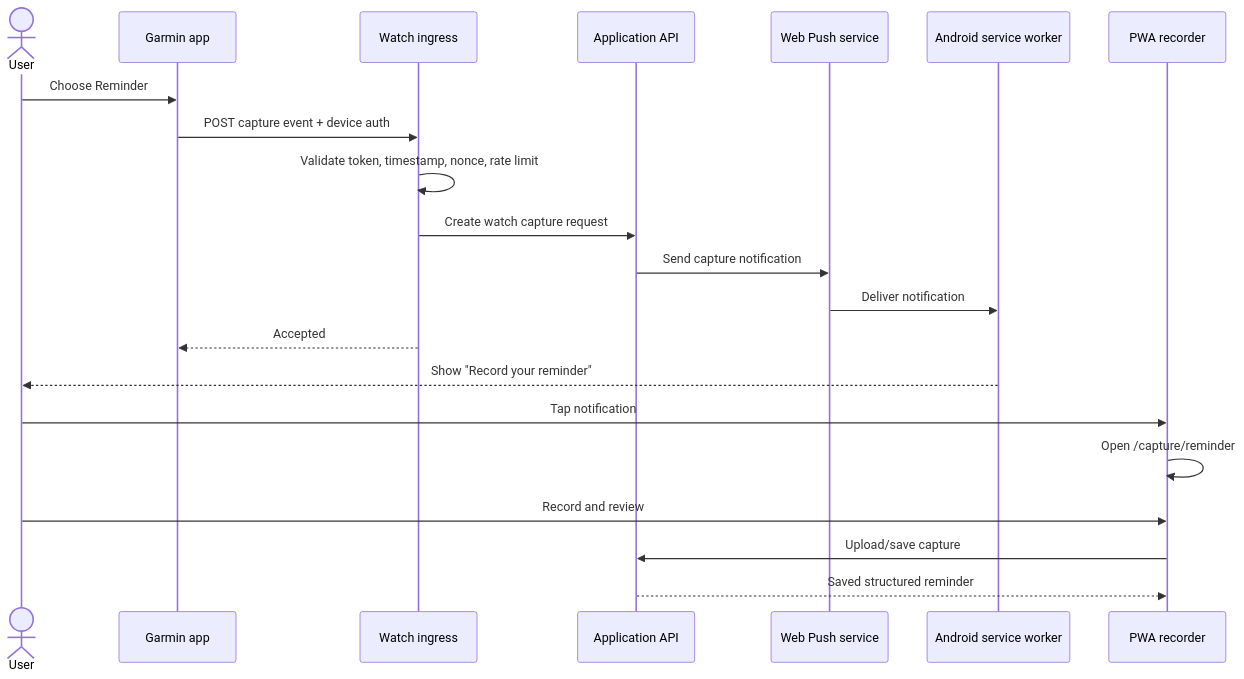
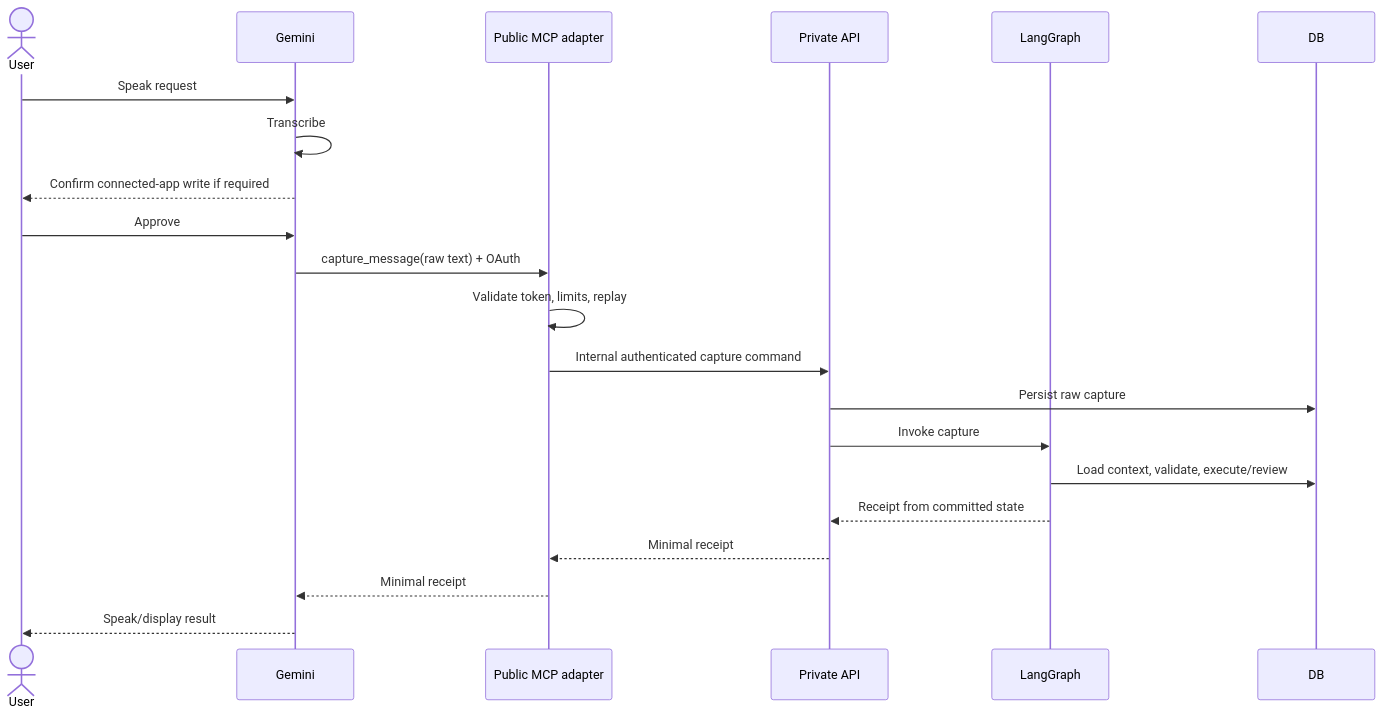
One commit to nikicrow/garmin-notes-lists-and-reminders changed the sixth of 7 diagrams in docs/architecture.md. Above: the diagram before and after it, drawn with Mermaid. The commit also changed other lines of this file and 2 other files, not shown here.

Commit message:
docs: redesign capture around Gemini and LangGraph

````diff
--- a/docs/architecture.md
+++ b/docs/architecture.md
@@ -225,24 +508,24 @@
 ```mermaid
 sequenceDiagram
     actor User
-    participant Watch as Garmin app
-    participant Ingress as Watch ingress
-    participant API as Application API
-    participant Push as Web Push service
-    participant SW as Android service worker
-    participant PWA as PWA recorder
+    participant Gemini
+    participant MCP as Public MCP adapter
+    participant API as Private API
+    participant Graph as LangGraph
+    participant DB
 
-    User->>Watch: Choose Reminder
-    Watch->>Ingress: POST capture event + device auth
-    Ingress->>Ingress: Validate token, timestamp, nonce, rate limit
-    Ingress->>API: Create watch capture request
-    API->>Push: Send capture notification
-    Push->>SW: Deliver notification
-    Ingress-->>Watch: Accepted
-    SW-->>User: Show "Record your reminder"
-    User->>PWA: Tap notification
-    PWA->>PWA: Open /capture/reminder
-    User->>PWA: Record and review
-    PWA->>API: Upload/save capture
-    API-->>PWA: Saved structured reminder
+    User->>Gemini: Speak request
+    Gemini->>Gemini: Transcribe
+    Gemini-->>User: Confirm connected-app write if required
+    User->>Gemini: Approve
+    Gemini->>MCP: capture_message(raw text) + OAuth
+    MCP->>MCP: Validate token, limits, replay
+    MCP->>API: Internal authenticated capture command
+    API->>DB: Persist raw capture
+    API->>Graph: Invoke capture
+    Graph->>DB: Load context, validate, execute/review
+    Graph-->>API: Receipt from committed state
+    API-->>MCP: Minimal receipt
+    MCP-->>Gemini: Minimal receipt
+    Gemini-->>User: Speak/display result
 ```
````
